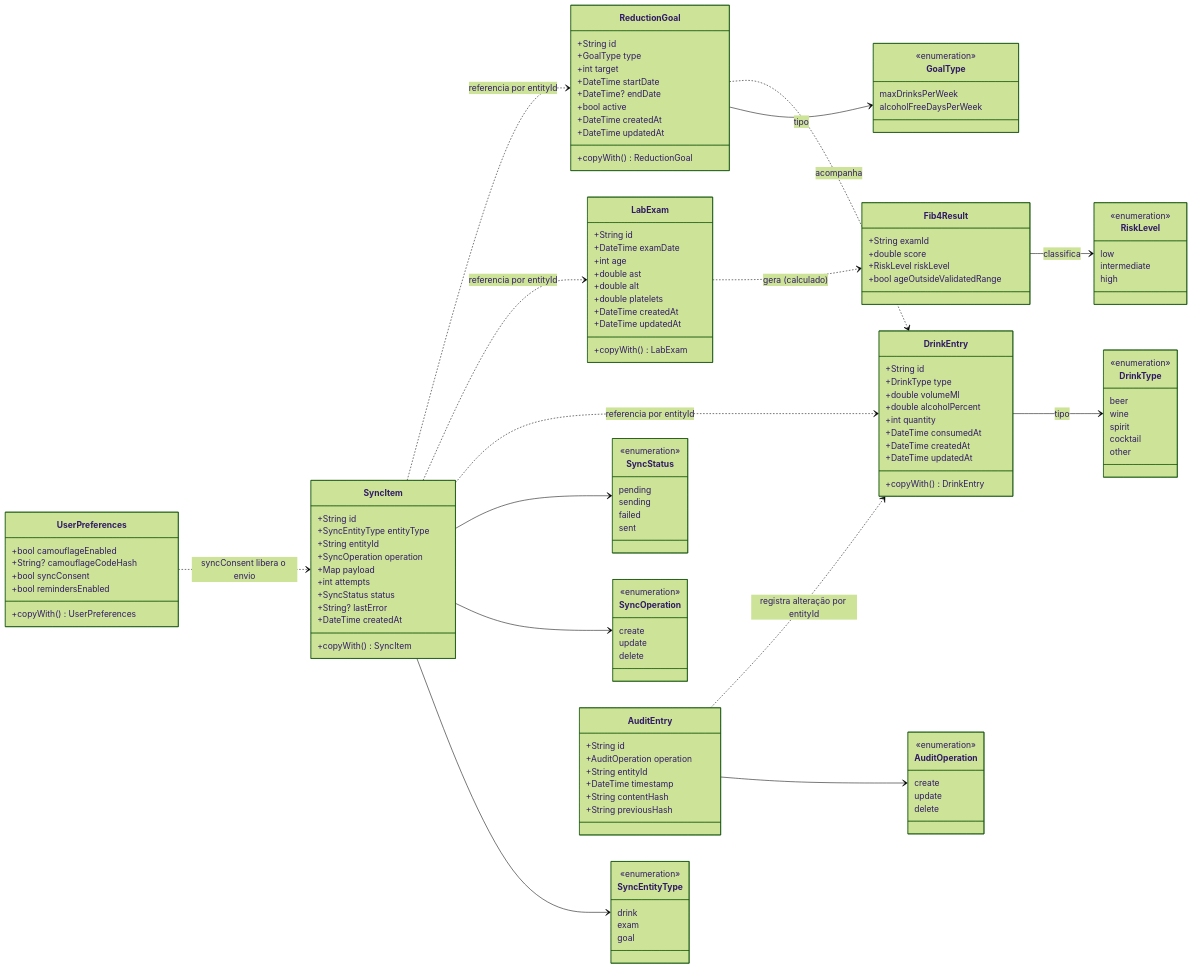
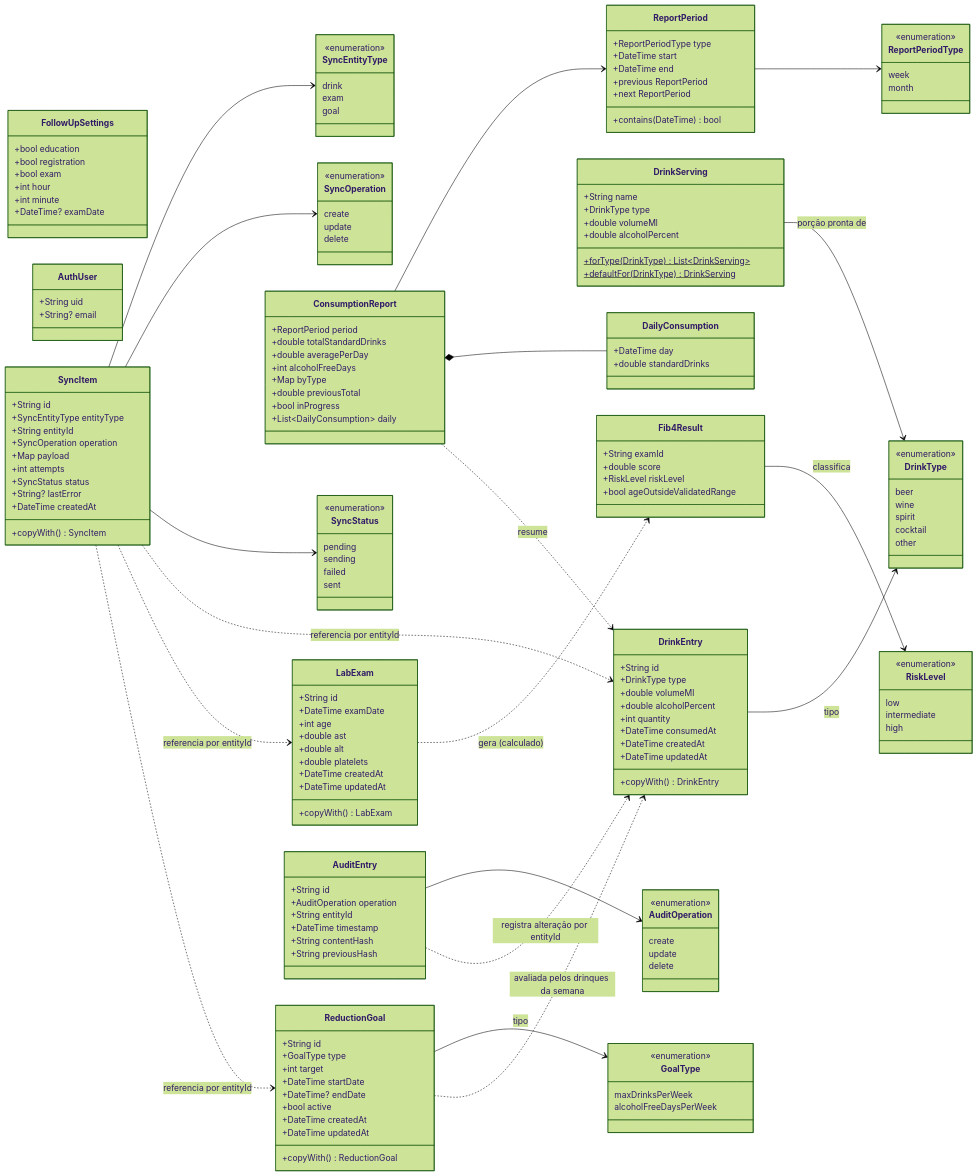
The first of 3 diagrams in docs/diagrama-de-classes.md (wiliafsilva/hepatocheck), drawn with Mermaid (forest theme) before and after one commit. The commit also changed other lines of this file, not shown here.

Commit message:
docs: versão final do diagrama de classes com repositórios e casos de uso

````diff
--- a/docs/diagrama-de-classes.md
+++ b/docs/diagrama-de-classes.md
@@ -27,6 +31,15 @@
         spirit
         cocktail
         other
+    }
+
+    class DrinkServing {
+        +String name
+        +DrinkType type
+        +double volumeMl
+        +double alcoholPercent
+        +forType(DrinkType)$ List~DrinkServing~
+        +defaultFor(DrinkType)$ DrinkServing
     }
 
     class LabExam {
@@ -73,12 +86,49 @@
         alcoholFreeDaysPerWeek
     }
 
-    class UserPreferences {
-        +bool camouflageEnabled
-        +String? camouflageCodeHash
-        +bool syncConsent
-        +bool remindersEnabled
-        +copyWith() UserPreferences
+    class ReportPeriod {
+        +ReportPeriodType type
+        +DateTime start
+        +DateTime end
+        +previous ReportPeriod
+        +next ReportPeriod
+        +contains(DateTime) bool
+    }
+
+    class ReportPeriodType {
+        <<enumeration>>
+        week
+        month
+    }
+
+    class ConsumptionReport {
+        +ReportPeriod period
+        +double totalStandardDrinks
+        +double averagePerDay
+        +int alcoholFreeDays
+        +Map byType
+        +double previousTotal
+        +bool inProgress
+        +List~DailyConsumption~ daily
+    }
+
+    class DailyConsumption {
+        +DateTime day
+        +double standardDrinks
+    }
+
+    class FollowUpSettings {
+        +bool education
+        +bool registration
+        +bool exam
+        +int hour
+        +int minute
+        +DateTime? examDate
+    }
+
+    class AuthUser {
+        +String uid
+        +String? email
     }
 
     class SyncItem {
@@ -133,10 +183,15 @@
     }
 
     DrinkEntry --> DrinkType : tipo
+    DrinkServing --> DrinkType : porção pronta de
     LabExam ..> Fib4Result : gera (calculado)
     Fib4Result --> RiskLevel : classifica
     ReductionGoal --> GoalType : tipo
-    ReductionGoal ..> DrinkEntry : acompanha
+    ReductionGoal ..> DrinkEntry : avaliada pelos drinques da semana
+    ReportPeriod --> ReportPeriodType
+    ConsumptionReport --> ReportPeriod
+    ConsumptionReport *-- DailyConsumption
+    ConsumptionReport ..> DrinkEntry : resume
     SyncItem --> SyncEntityType
     SyncItem --> SyncOperation
     SyncItem --> SyncStatus
@@ -145,5 +200,4 @@
     SyncItem ..> ReductionGoal : referencia por entityId
     AuditEntry --> AuditOperation
     AuditEntry ..> DrinkEntry : registra alteração por entityId
-    UserPreferences ..> SyncItem : syncConsent libera o envio
 ```
````
